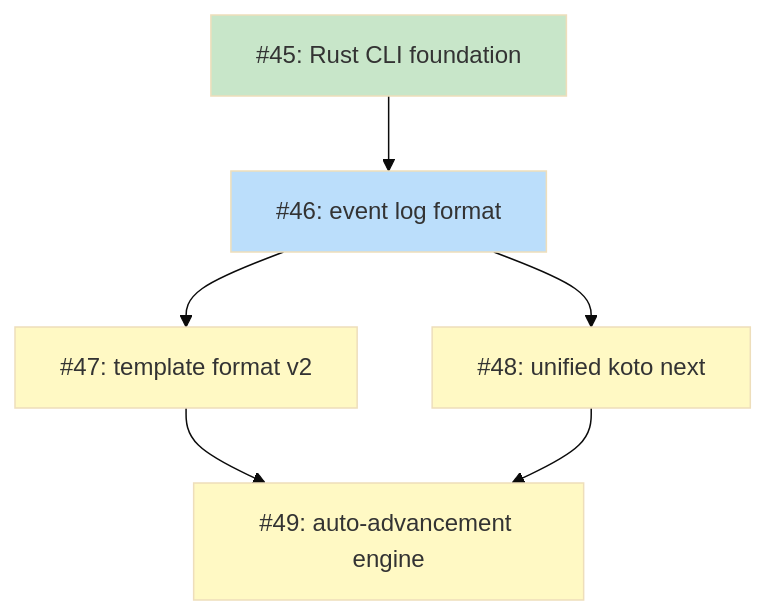
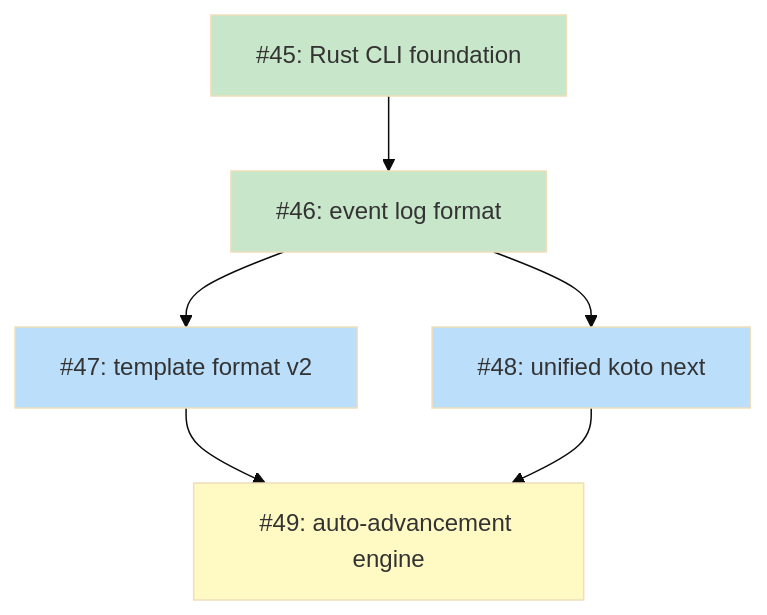
Before and after one commit to tsukumogami/koto: the diagram in docs/plans/PLAN-unified-koto-next.md, drawn with Mermaid (base theme). The commit also changed 8 other files, not shown here.

````diff
--- a/docs/plans/PLAN-unified-koto-next.md
+++ b/docs/plans/PLAN-unified-koto-next.md
@@ -49,28 +49,28 @@
 ```mermaid
 graph TD
     I45["#45: Rust CLI foundation"]
     I46["#46: event log format"]
     I47["#47: template format v2"]
     I48["#48: unified koto next"]
     I49["#49: auto-advancement engine"]
 
     I45 --> I46
     I46 --> I47
     I46 --> I48
     I47 --> I49
     I48 --> I49
 
     classDef done fill:#c8e6c9
     classDef ready fill:#bbdefb
     classDef blocked fill:#fff9c4
     classDef needsDesign fill:#e1bee7
     classDef needsPrd fill:#b3e5fc
     classDef needsSpike fill:#ffcdd2
     classDef needsDecision fill:#d1c4e9
     classDef tracksDesign fill:#FFE0B2,stroke:#F57C00,color:#000
     classDef tracksPlan fill:#FFE0B2,stroke:#F57C00,color:#000
 
-    class I45 done
-    class I46 ready
-    class I47,I48,I49 blocked
+    class I45,I46 done
+    class I47,I48 ready
+    class I49 blocked
 ```
````
